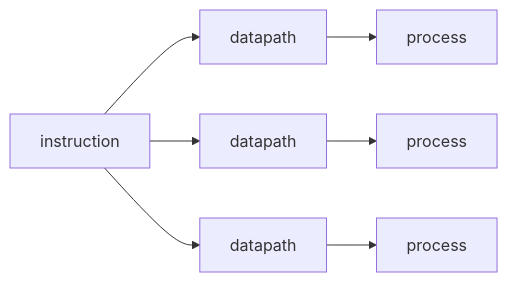
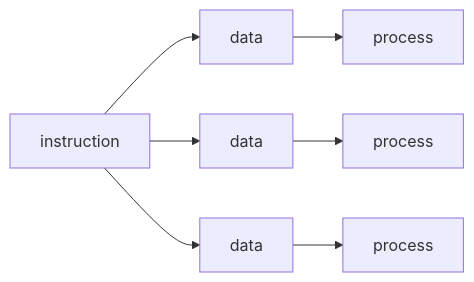
Before and after one commit to sininen-blue/2526-second-sem: the first of 2 diagrams in 2526_second_sem/pdc/04_class_2.md, drawn with Mermaid. The commit also changed other lines of this file and 5 other files, not shown here.

````diff
--- a/2526_second_sem/pdc/04_class_2.md
+++ b/2526_second_sem/pdc/04_class_2.md
@@ -33,6 +33,6 @@
 ```mermaid
 graph LR
-i[instruction] --> a[datapath] --> ab[process]
-i --> b[datapath] --> bb[process]
-i --> c[datapath] --> cb[process]
+i[instruction] --> a[data] --> ab[process]
+i --> b[data] --> bb[process]
+i --> c[data] --> cb[process]
 ```
````
